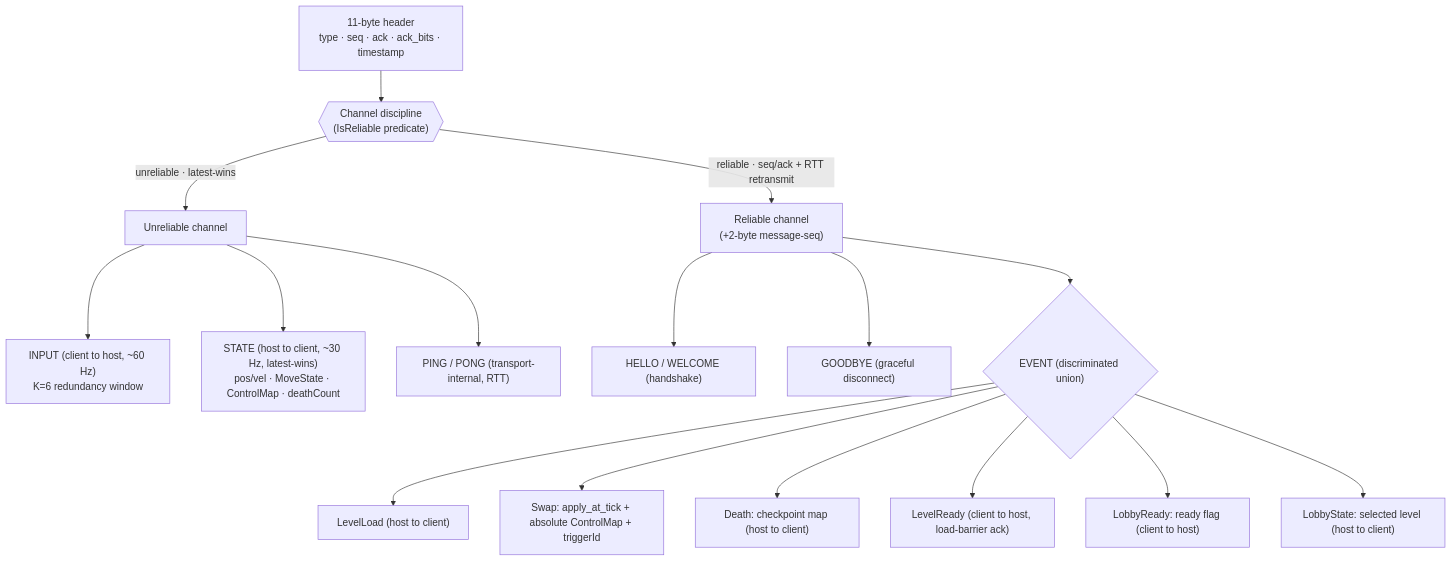
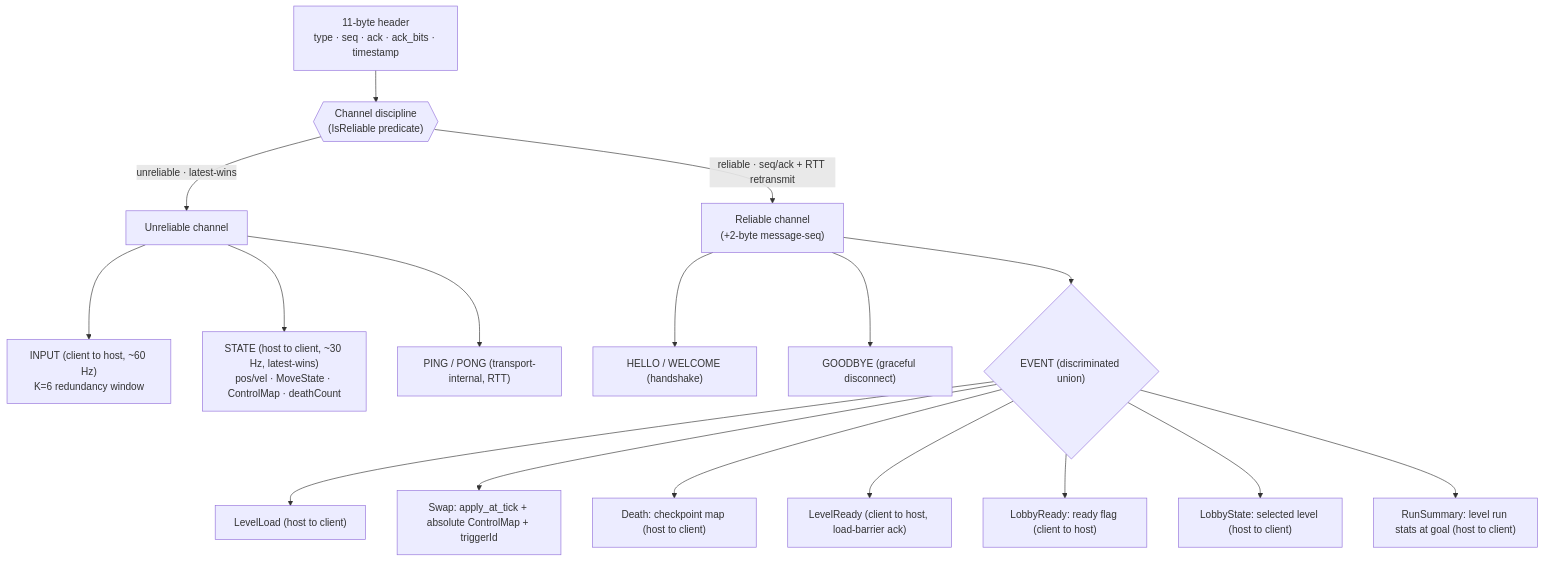
One commit to kajuyerim/jump-now-bro changed the second of 10 diagrams in docs/networking.md. Above: the diagram before and after it, drawn with Mermaid. The commit also changed other lines of this file and 12 other files, not shown here.

Commit message:
feat(stats): level-run tracker + RunSummary EVENT, protocol v4 (closes #146)

````diff
--- a/docs/networking.md
+++ b/docs/networking.md
@@ -51,19 +51,20 @@
 ```mermaid
 flowchart TB
   H["11-byte header<br/>type · seq · ack · ack_bits · timestamp"]
   H --> U{{"Channel discipline<br/>(IsReliable predicate)"}}
   U -->|"unreliable · latest-wins"| UN["Unreliable channel"]
   U -->|"reliable · seq/ack + RTT retransmit"| RE["Reliable channel<br/>(+2-byte message-seq)"]
   UN --> INP["INPUT (client to host, ~60 Hz)<br/>K=6 redundancy window"]
   UN --> ST["STATE (host to client, ~30 Hz, latest-wins)<br/>pos/vel · MoveState · ControlMap · deathCount"]
   UN --> PP["PING / PONG (transport-internal, RTT)"]
   RE --> HS["HELLO / WELCOME (handshake)"]
   RE --> GB["GOODBYE (graceful disconnect)"]
   RE --> EV{"EVENT (discriminated union)"}
   EV --> EL["LevelLoad (host to client)"]
   EV --> ESW["Swap: apply_at_tick + absolute ControlMap + triggerId"]
   EV --> EDE["Death: checkpoint map (host to client)"]
   EV --> ELR["LevelReady (client to host, load-barrier ack)"]
   EV --> ELB["LobbyReady: ready flag (client to host)"]
   EV --> ELS["LobbyState: selected level (host to client)"]
+  EV --> ERS["RunSummary: level run stats at goal (host to client)"]
 ```
````
